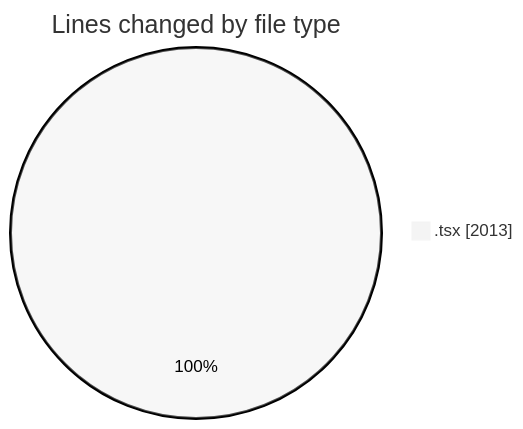
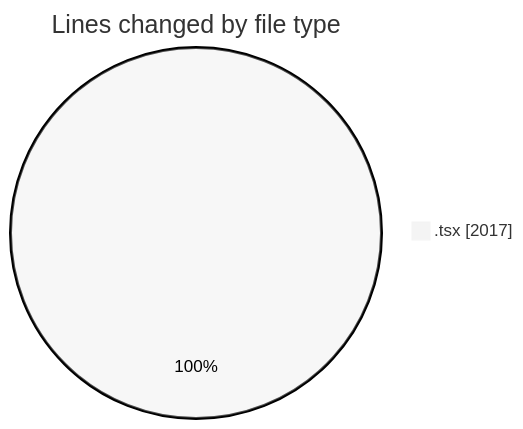
Before and after one commit to momahboobian/code-tracking: the first of 2 diagrams in 2025-06-12/cda/README.md, drawn with Mermaid (neutral theme). The commit also changed other lines of this file and 1 other file, not shown here.

````diff
--- a/2025-06-12/cda/README.md
+++ b/2025-06-12/cda/README.md
@@ -23,5 +23,5 @@
 ```mermaid
 pie showData
 title Lines changed by file type
-".tsx" : 2013
+".tsx" : 2017
 ```
````
